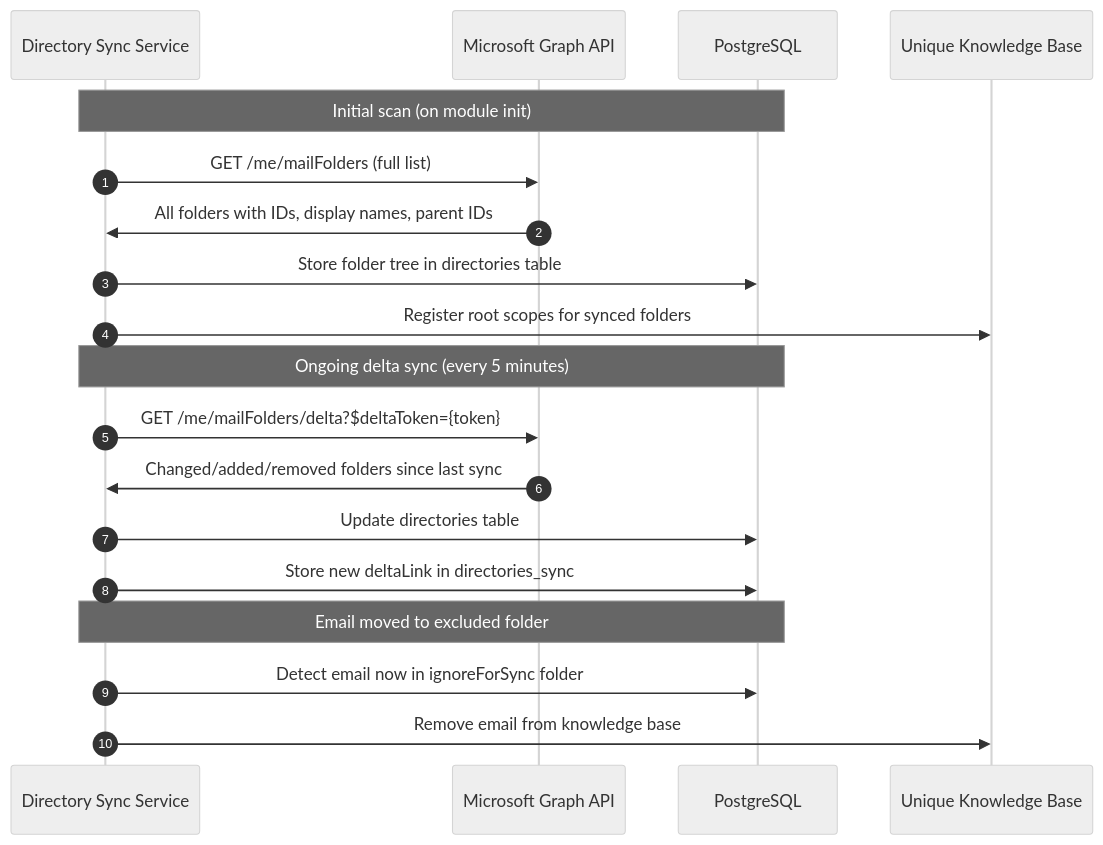
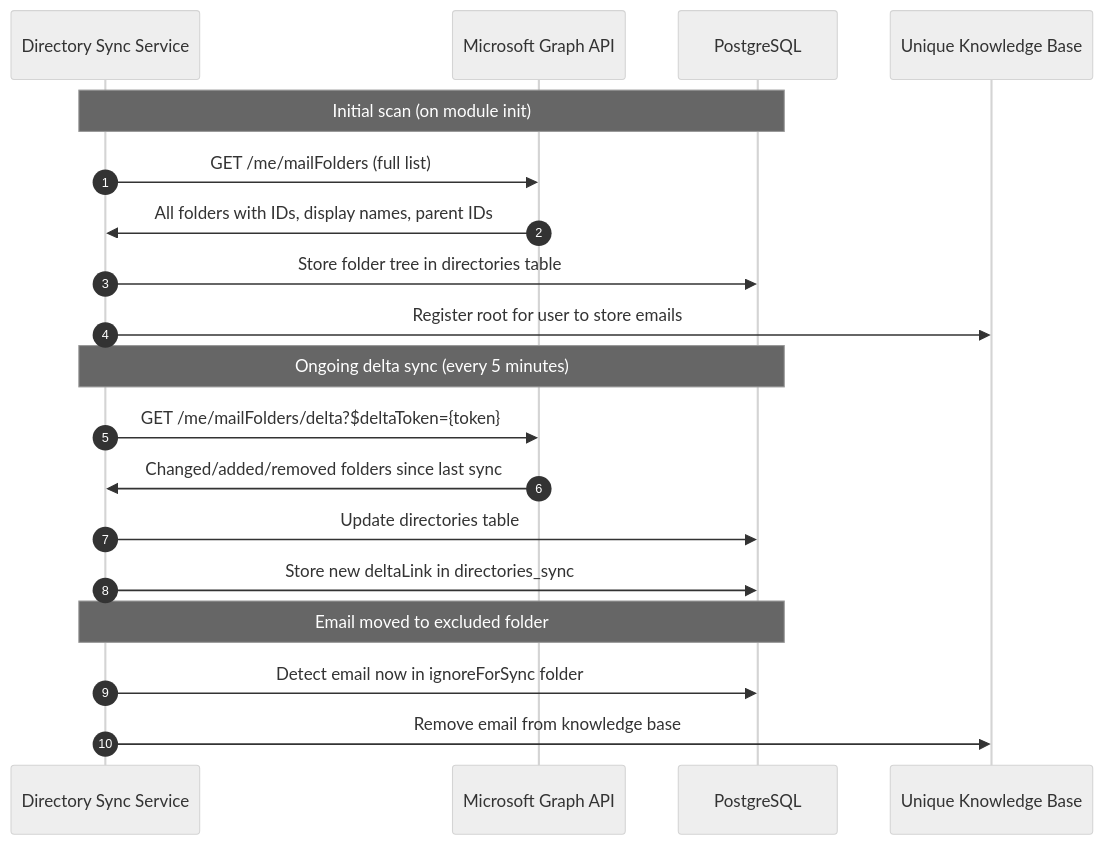
Before and after one commit to Unique-AG/connectors: the diagram in services/outlook-semantic-mcp/docs/technical/directory-sync.md, drawn with Mermaid. The commit also changed 2 other files, not shown here.

````diff
--- a/services/outlook-semantic-mcp/docs/technical/directory-sync.md
+++ b/services/outlook-semantic-mcp/docs/technical/directory-sync.md
@@ -28,25 +28,25 @@
 ```mermaid
 %%{init: {'theme': 'neutral', 'themeVariables': { 'fontSize': '14px' }}}%%
 sequenceDiagram
     autonumber
     participant DirectoriesSync as Directory Sync Service
     participant MSGraph as Microsoft Graph API
     participant DB as PostgreSQL
     participant UniqueKB as Unique Knowledge Base
 
     Note over DirectoriesSync,DB: Initial scan (on module init)
     DirectoriesSync->>MSGraph: GET /me/mailFolders (full list)
     MSGraph->>DirectoriesSync: All folders with IDs, display names, parent IDs
     DirectoriesSync->>DB: Store folder tree in directories table
-    DirectoriesSync->>UniqueKB: Register root scopes for synced folders
+    DirectoriesSync->>UniqueKB: Register root for user to store emails
 
     Note over DirectoriesSync,DB: Ongoing delta sync (every 5 minutes)
     DirectoriesSync->>MSGraph: GET /me/mailFolders/delta?$deltaToken={token}
     MSGraph->>DirectoriesSync: Changed/added/removed folders since last sync
     DirectoriesSync->>DB: Update directories table
     DirectoriesSync->>DB: Store new deltaLink in directories_sync
 
     Note over DirectoriesSync,DB: Email moved to excluded folder
     DirectoriesSync->>DB: Detect email now in ignoreForSync folder
     DirectoriesSync->>UniqueKB: Remove email from knowledge base
 ```
````
